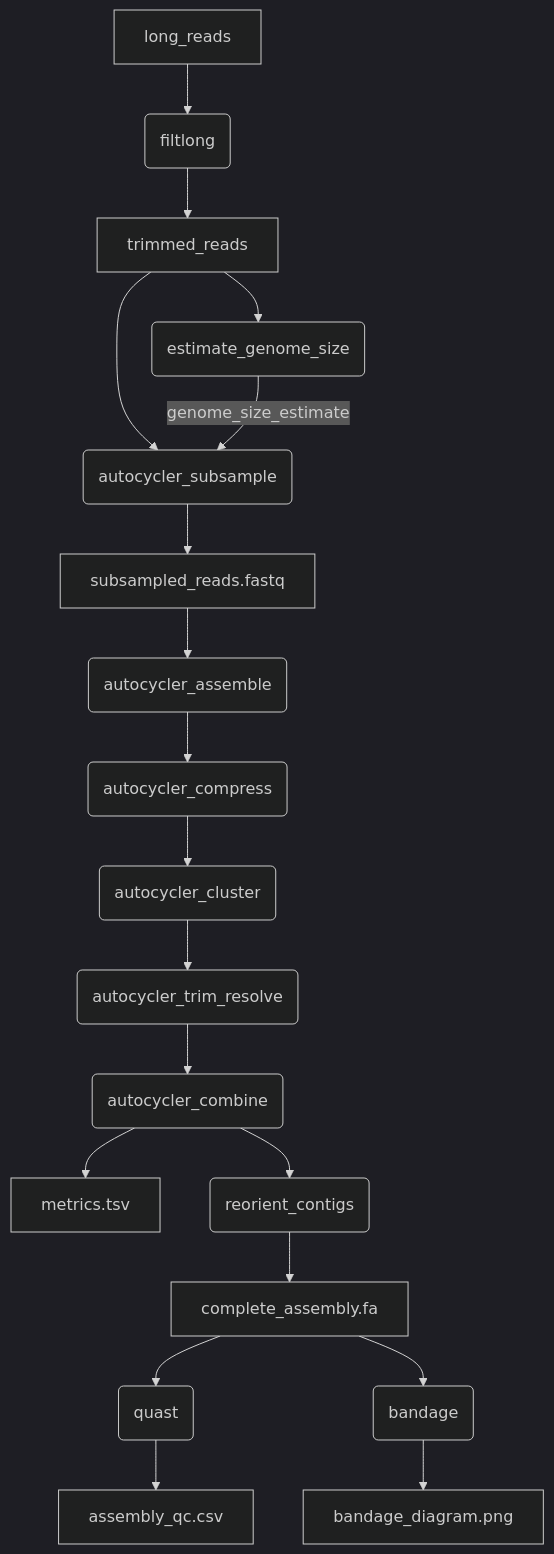
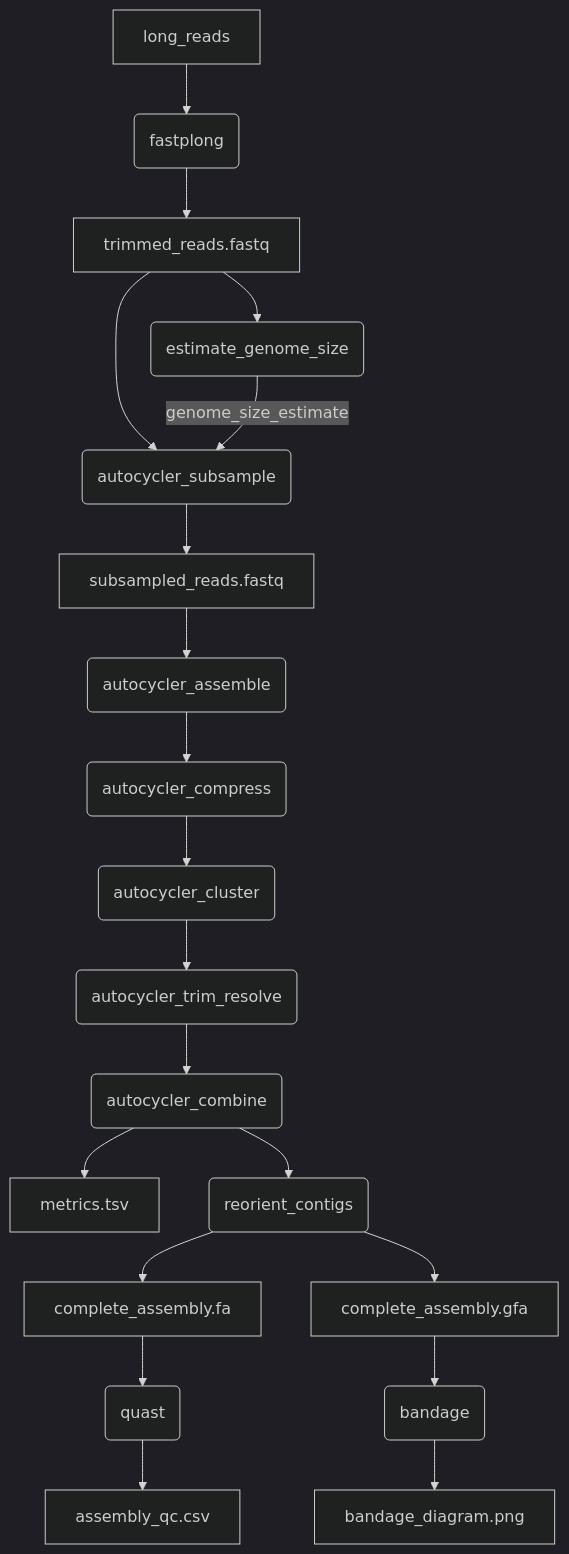
One commit to BCCDC-PHL/autocycler-nf changed the diagram in README.md. Above: the diagram before and after it, drawn with Mermaid (dark theme). The commit also changed other lines of this file, not shown here.

````diff
--- a/README.md
+++ b/README.md
@@ -11,21 +11,22 @@
 ```mermaid
 flowchart TD
-  long_reads --> fastplong(filtlong)
-  fastplong --> trimmed_reads["trimmed_reads"]
+  long_reads --> fastplong(fastplong)
+	fastplong --> trimmed_reads["trimmed_reads.fastq"]
   trimmed_reads --> estimate_genome_size(estimate_genome_size)
   trimmed_reads --> autocycler_subsample(autocycler_subsample)
   estimate_genome_size -- genome_size_estimate --> autocycler_subsample
   autocycler_subsample --> subsampled_reads["subsampled_reads.fastq"]
   subsampled_reads --> autocycler_assemble(autocycler_assemble)
   autocycler_assemble --> autocycler_compress(autocycler_compress)
   autocycler_compress --> autocycler_cluster(autocycler_cluster)
   autocycler_cluster --> autocycler_trim_resolve(autocycler_trim_resolve)
   autocycler_trim_resolve --> autocycler_combine(autocycler_combine)
   autocycler_combine --> assembly_metrics["metrics.tsv"]
   autocycler_combine --> reorient_contigs(reorient_contigs)
   reorient_contigs --> complete_assembly["complete_assembly.fa"]
+  reorient_contigs --> complete_graph_assembly["complete_assembly.gfa"]
   complete_assembly --> quast(quast)
-  complete_assembly --> bandage(bandage)
+  complete_graph_assembly --> bandage(bandage)
   bandage --> bandage_diagram["bandage_diagram.png"]
   quast --> assembly_qc["assembly_qc.csv"]
 ```
````
